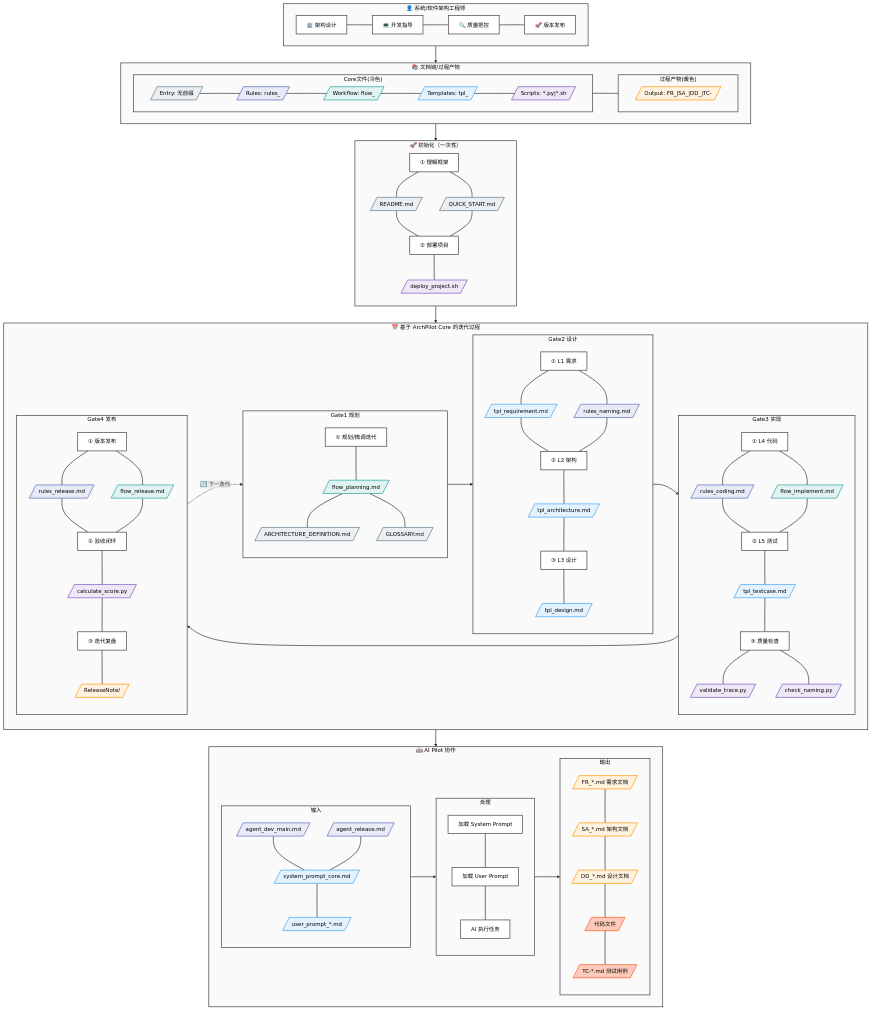
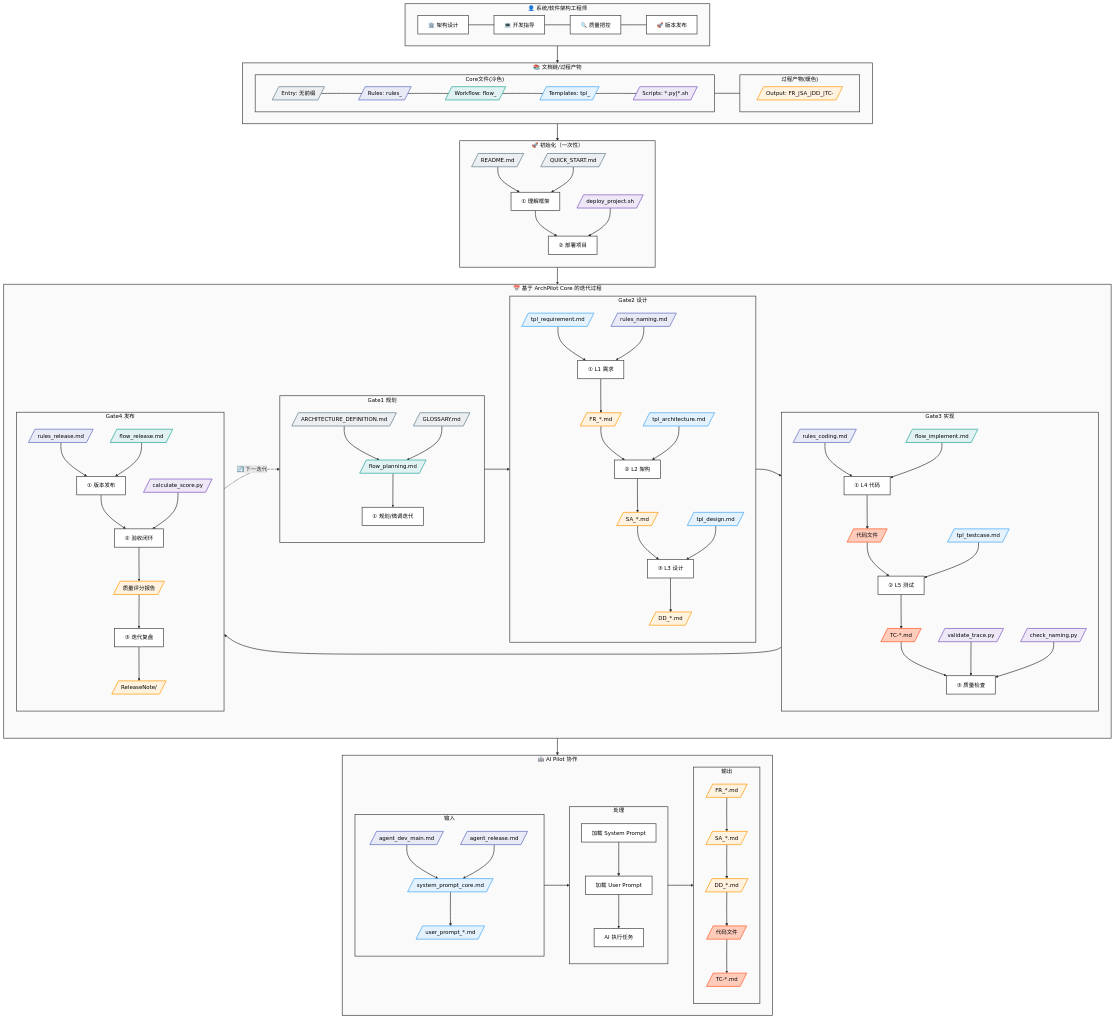
Before and after one commit to lukagithub/archpilot_core: the diagram in Governance/PILOT_GLOBAL_FLOW.mmd, drawn with Mermaid.

Commit message:
feat: add dependency arrows showing input→output flow Changed all connections from '---' (no direction) to '-->' (directed arrows) Arrows point from dependency to dependent (input → output) Init: - README.md → 理解框架 - QUICK_START.md → 理解框架 - deploy_project.sh → 部署项目 Gate1 规划: - ARCHITECTURE_DEFINITION.md → flow_planning.md → 规划步骤 - GLOSSARY.md → flow_planning.md Gate2 设计: - tpl_requirement.md + rules_naming.md → L1需求 → FR_*.md - FR_*.md + tpl_architecture.md → L2架构 → SA_*.md - SA_*.md + tpl_design.md → L3设计 → DD_*.md Gate3 实现: - rules_coding.md + flow_implement.md → L4代码 → 代码文件 - 代码文件 + tpl_testcase.md → L5测试 → TC-*.md - TC-*.md + validate_trace.py + check_naming.py → 质量检查 Gate4 发布: - rules_release.md + flow_release.md → 版本发布 → 验收闭环 - calculate_score.py → 验收闭环 → 质量评分报告 - 质量评分报告 → 迭代复盘 → ReleaseNote/ AI Pilot: - agent_*.md → system_prompt_core.md → user_prompt_*.md - Processing chain with arrows - Output chain: FR → SA → DD → Code → TC

```diff
--- a/Governance/PILOT_GLOBAL_FLOW.mmd
+++ b/Governance/PILOT_GLOBAL_FLOW.mmd
@@ -33,9 +33,10 @@
         I_D2[/"QUICK_START.md"/]
         I2["② 部署项目"]
         I_D3[/"deploy_project.sh"/]
-        I1 --- I_D1 & I_D2
-        I_D1 & I_D2 --- I2
-        I2 --- I_D3
+        I_D1 --> I1
+        I_D2 --> I1
+        I1 --> I2
+        I_D3 --> I2
     end
 
     %% ==================== Pilot 迭代周期（核心） ====================
@@ -48,8 +49,9 @@
             P1_D1[/"flow_planning.md"/]
             P1_D2[/"ARCHITECTURE_DEFINITION.md"/]
             P1_D3[/"GLOSSARY.md"/]
-            P1_S --- P1_D1
-            P1_D1 --- P1_D2 & P1_D3
+            P1_D2 --> P1_D1
+            P1_D3 --> P1_D1
+            P1_D1 --> P1_S
         end
 
         subgraph P2["Gate2 设计"]
@@ -57,15 +59,22 @@
             P2_S["① L1 需求"]
             P2_D1[/"tpl_requirement.md"/]
             P2_D2[/"rules_naming.md"/]
+            P2_O1[/"FR_*.md"/]
             P2_M["② L2 架构"]
             P2_D3[/"tpl_architecture.md"/]
+            P2_O2[/"SA_*.md"/]
             P2_E["③ L3 设计"]
             P2_D4[/"tpl_design.md"/]
-            P2_S --- P2_D1 & P2_D2
-            P2_D1 & P2_D2 --- P2_M
-            P2_M --- P2_D3
-            P2_D3 --- P2_E
-            P2_E --- P2_D4
+            P2_O3[/"DD_*.md"/]
+            P2_D1 --> P2_S
+            P2_D2 --> P2_S
+            P2_S --> P2_O1
+            P2_O1 --> P2_M
+            P2_D3 --> P2_M
+            P2_M --> P2_O2
+            P2_O2 --> P2_E
+            P2_D4 --> P2_E
+            P2_E --> P2_O3
         end
 
         subgraph P3["Gate3 实现"]
@@ -73,16 +82,22 @@
             P3_S["① L4 代码"]
             P3_D1[/"rules_coding.md"/]
             P3_D2[/"flow_implement.md"/]
+            P3_O1[/"代码文件"/]
             P3_M["② L5 测试"]
             P3_D3[/"tpl_testcase.md"/]
+            P3_O2[/"TC-*.md"/]
             P3_E["③ 质量检查"]
             P3_D4[/"validate_trace.py"/]
             P3_D5[/"check_naming.py"/]
-            P3_S --- P3_D1 & P3_D2
-            P3_D1 & P3_D2 --- P3_M
-            P3_M --- P3_D3
-            P3_D3 --- P3_E
-            P3_E --- P3_D4 & P3_D5
+            P3_D1 --> P3_S
+            P3_D2 --> P3_S
+            P3_S --> P3_O1
+            P3_O1 --> P3_M
+            P3_D3 --> P3_M
+            P3_M --> P3_O2
+            P3_O2 --> P3_E
+            P3_D4 --> P3_E
+            P3_D5 --> P3_E
         end
 
         subgraph P4["Gate4 发布"]
@@ -92,13 +107,16 @@
             P4_D2[/"flow_release.md"/]
             P4_M["② 验收闭环"]
             P4_D3[/"calculate_score.py"/]
+            P4_O1[/"质量评分报告"/]
             P4_E["③ 迭代复盘"]
             P4_D4[/"ReleaseNote/"/]
-            P4_S --- P4_D1 & P4_D2
-            P4_D1 & P4_D2 --- P4_M
-            P4_M --- P4_D3
-            P4_D3 --- P4_E
-            P4_E --- P4_D4
+            P4_D1 --> P4_S
+            P4_D2 --> P4_S
+            P4_S --> P4_M
+            P4_D3 --> P4_M
+            P4_M --> P4_O1
+            P4_O1 --> P4_E
+            P4_E --> P4_D4
         end
 
         P1 ==> P2 ==> P3 ==> P4
@@ -117,8 +135,9 @@
             AI_D2[/"agent_release.md"/]
             AI_D3[/"system_prompt_core.md"/]
             AI_D4[/"user_prompt_*.md"/]
-            AI_D1 & AI_D2 --- AI_D3
-            AI_D3 --- AI_D4
+            AI_D1 --> AI_D3
+            AI_D2 --> AI_D3
+            AI_D3 --> AI_D4
         end
 
         subgraph AI_PROC["处理"]
@@ -126,17 +145,17 @@
             AI_P1["加载 System Prompt"]
             AI_P2["加载 User Prompt"]
             AI_P3["AI 执行任务"]
-            AI_P1 --- AI_P2 --- AI_P3
+            AI_P1 --> AI_P2 --> AI_P3
         end
 
         subgraph AI_OUT["输出"]
             direction TB
-            AI_O1[/"FR_*.md 需求文档"/]
-            AI_O2[/"SA_*.md 架构文档"/]
-            AI_O3[/"DD_*.md 设计文档"/]
+            AI_O1[/"FR_*.md"/]
+            AI_O2[/"SA_*.md"/]
+            AI_O3[/"DD_*.md"/]
             AI_O4[/"代码文件"/]
-            AI_O5[/"TC-*.md 测试用例"/]
-            AI_O1 --- AI_O2 --- AI_O3 --- AI_O4 --- AI_O5
+            AI_O5[/"TC-*.md"/]
+            AI_O1 --> AI_O2 --> AI_O3 --> AI_O4 --> AI_O5
         end
 
         AI_IN ==> AI_PROC ==> AI_OUT
@@ -190,21 +209,23 @@
     class P1_D1 workflowStyle
     class P1_D2,P1_D3 entryStyle
 
-    %% Gate2: Templates(蓝) + Rules(靛蓝)
+    %% Gate2: Templates(蓝) + Rules(靛蓝) + Output(橙)
     class P2_D1,P2_D3,P2_D4 tplStyle
     class P2_D2 ruleStyle
+    class P2_O1,P2_O2,P2_O3 outputStyle
 
-    %% Gate3: Rules(黄) + Workflow(绿) + Templates(蓝) + Scripts(紫)
+    %% Gate3: Rules(靛蓝) + Workflow(绿) + Templates(蓝) + Scripts(紫) + Output(橙)
     class P3_D1 ruleStyle
     class P3_D2 workflowStyle
     class P3_D3 tplStyle
     class P3_D4,P3_D5 scriptStyle
+    class P3_O1,P3_O2 outputHighStyle
 
-    %% Gate4: Rules(黄) + Workflow(绿) + Scripts(紫) + Output(橙)
+    %% Gate4: Rules(靛蓝) + Workflow(绿) + Scripts(紫) + Output(橙)
     class P4_D1 ruleStyle
     class P4_D2 workflowStyle
     class P4_D3 scriptStyle
-    class P4_D4 outputStyle
+    class P4_D4,P4_O1 outputStyle
 
     %% AI Pilot: 输入(Core文件) + 输出(过程产物-高饱和暖色)
     class AI_D1,AI_D2 ruleStyle
```
